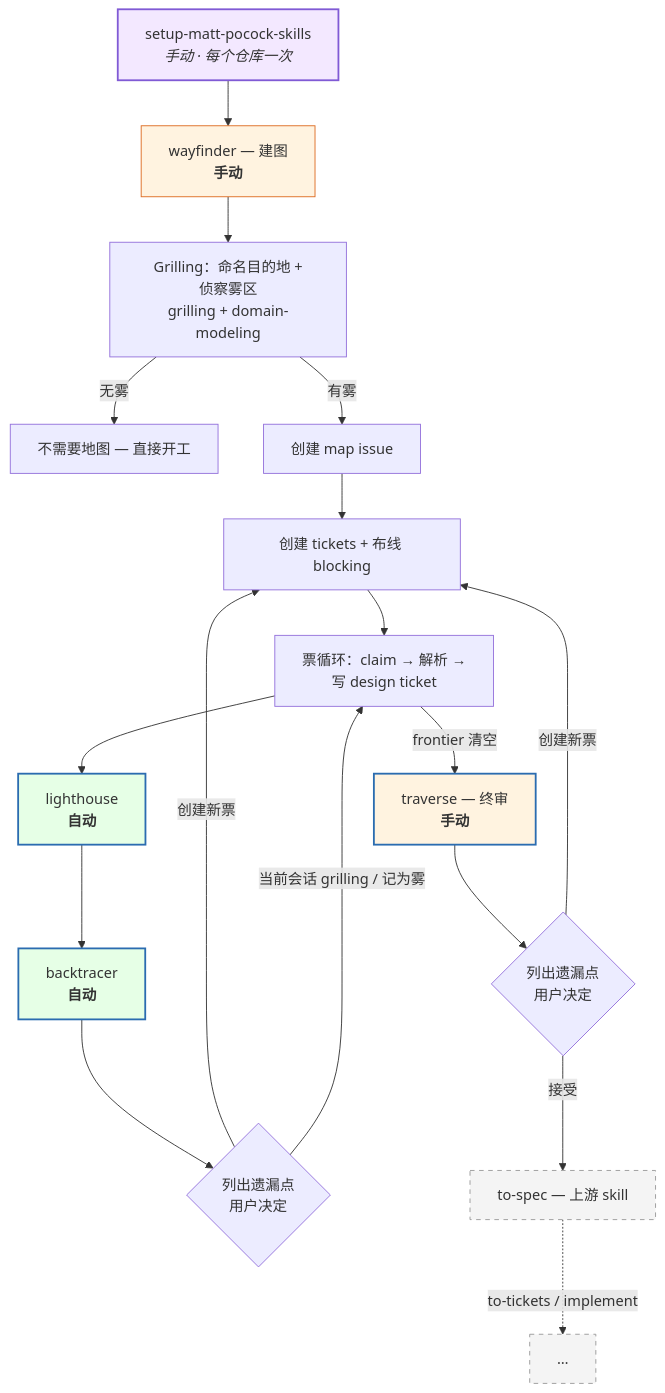
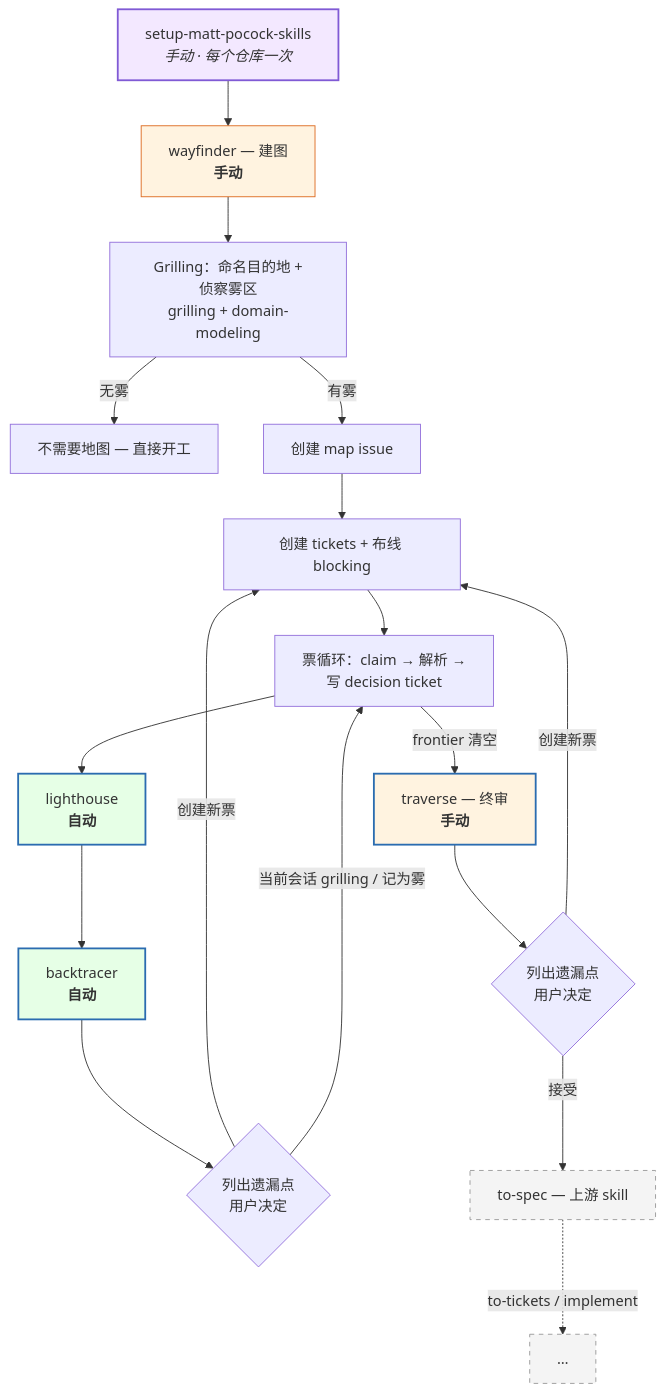
One commit to hugosol/oh-my-wayfinder changed the first of 2 diagrams in README.cn.md. Above: the diagram before and after it, drawn with Mermaid. The commit also changed other lines of this file and 2 other files, not shown here.

````diff
--- a/README.cn.md
+++ b/README.cn.md
@@ -46,27 +46,27 @@
 ```mermaid
 flowchart TD
     S["setup-matt-pocock-skills<br/><i>手动 · 每个仓库一次</i>"] --> W["wayfinder — 建图<br/><b>手动</b>"]
     W --> G["Grilling：命名目的地 +<br/>侦察雾区<br/>grilling + domain-modeling"]
     G -->|"无雾"| N["不需要地图 — 直接开工"]
     G -->|"有雾"| M["创建 map issue"]
     M --> T["创建 tickets + 布线 blocking"]
-    T --> L["票循环：claim → 解析 →<br/>写 design ticket"]
+    T --> L["票循环：claim → 解析 →<br/>写 decision ticket"]
     L --> LH["lighthouse<br/><b>自动</b>"]
     LH --> BT["backtracer<br/><b>自动</b>"]
     BT --> CG{"列出遗漏点<br/>用户决定"}
     CG -->|"创建新票"| T
     CG -->|"当前会话 grilling / 记为雾"| L
     L -->|"frontier 清空"| TR["traverse — 终审<br/><b>手动</b>"]
     TR --> CG2{"列出遗漏点<br/>用户决定"}
     CG2 -->|"创建新票"| T
     CG2 -->|"接受"| TS["to-spec — 上游 skill"]
     TS -.->|"to-tickets / implement"| X["…"]
 
     style LH fill:#e6ffe6,stroke:#2b6cb0,stroke-width:2px
     style BT fill:#e6ffe6,stroke:#2b6cb0,stroke-width:2px
     style TR fill:#fff3e0,stroke:#2b6cb0,stroke-width:2px
     style W fill:#fff3e0,stroke:#dd6b20
     style S fill:#f3e8ff,stroke:#805ad5,stroke-width:2px
     style TS fill:#f4f4f4,stroke:#999,stroke-dasharray:5 5
     style X fill:#f4f4f4,stroke:#999,stroke-dasharray:5 5
 ```
````
